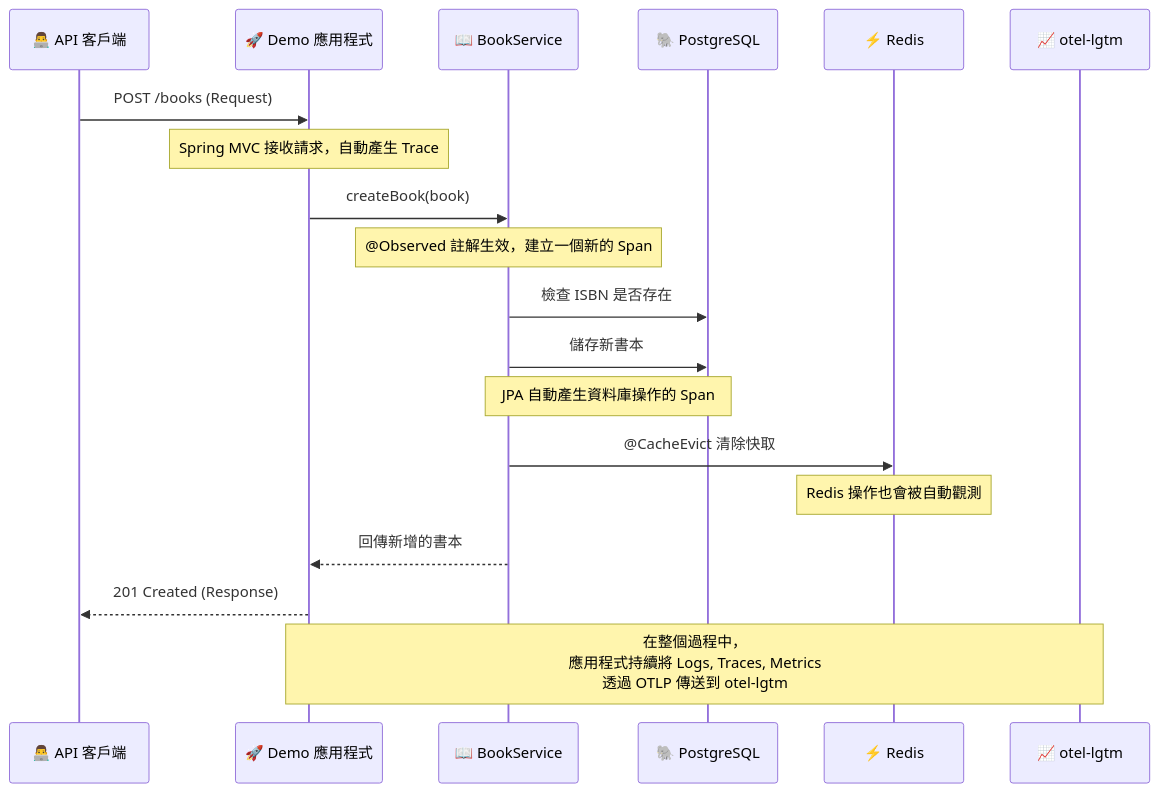
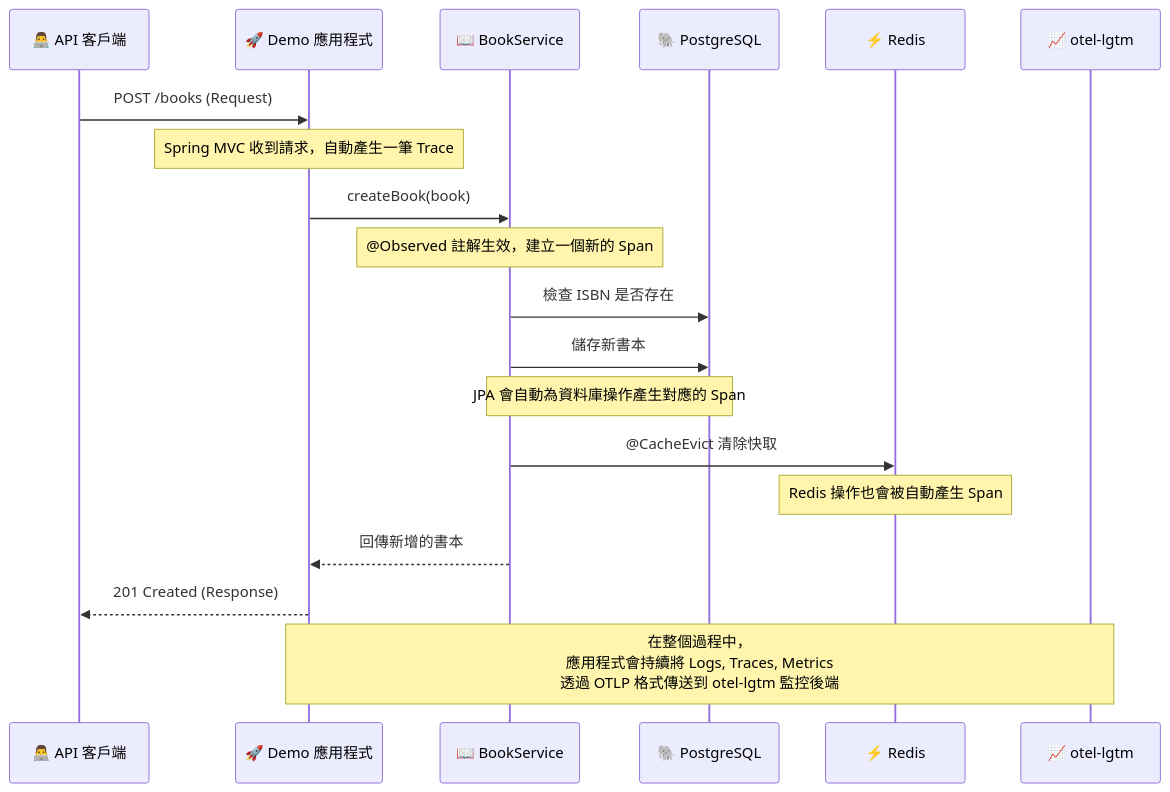
One commit to samzhu/demo-springboot-250613 changed the fourth of 4 diagrams in README.md. Above: the diagram before and after it, drawn with Mermaid. The commit also changed other lines of this file, not shown here.

Commit message:
更新 README.md 文件，調整專案簡介與目標，強調手冊的目的及內容，並新增軟體分層架構的視覺化圖示，詳細說明專案的技術棧與關鍵套件，提升可讀性與實用性。

````diff
--- a/README.md
+++ b/README.md
@@ -887,27 +880,27 @@
 ```mermaid
 sequenceDiagram
     participant Client as 👨‍💻 API 客戶端
     participant App as 🚀 Demo 應用程式
     participant SVC as 📖 BookService
     participant DB as 🐘 PostgreSQL
     participant Cache as ⚡ Redis
     participant LGTM as 📈 otel-lgtm
 
     Client ->> App: POST /books (Request)
-    Note over App: Spring MVC 接收請求，自動產生 Trace
+    Note over App: Spring MVC 收到請求，自動產生一筆 Trace
 
     App ->> SVC: createBook(book)
     Note over SVC: @Observed 註解生效，建立一個新的 Span
 
     SVC ->> DB: 檢查 ISBN 是否存在
     SVC ->> DB: 儲存新書本
-    Note over SVC,DB: JPA 自動產生資料庫操作的 Span
+    Note over SVC,DB: JPA 會自動為資料庫操作產生對應的 Span
 
     SVC ->> Cache: @CacheEvict 清除快取
-    Note over Cache: Redis 操作也會被自動觀測
+    Note over Cache: Redis 操作也會被自動產生 Span
 
     SVC -->> App: 回傳新增的書本
     App -->> Client: 201 Created (Response)
 
-    Note over App,LGTM: 在整個過程中，<br/>應用程式持續將 Logs, Traces, Metrics<br/>透過 OTLP 傳送到 otel-lgtm
+    Note over App,LGTM: 在整個過程中，<br/>應用程式會持續將 Logs, Traces, Metrics<br/>透過 OTLP 格式傳送到 otel-lgtm 監控後端
 ```
````
